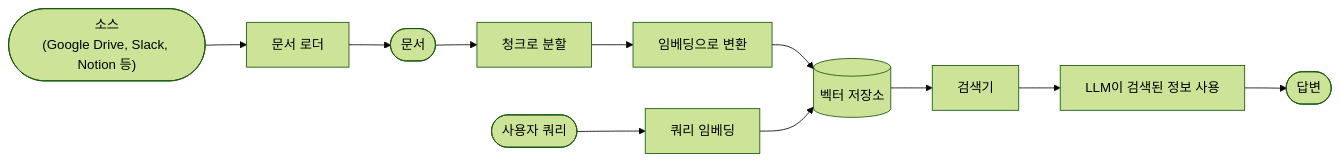
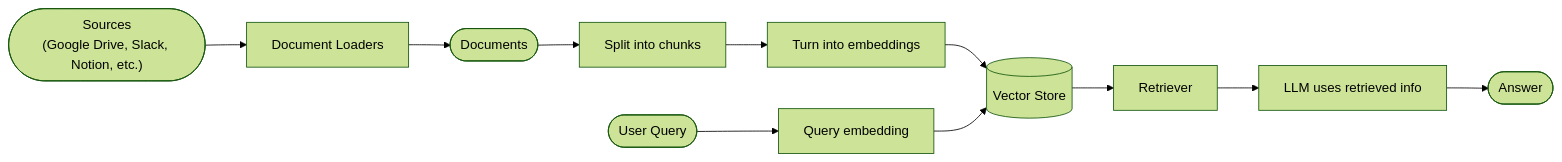
The first of 4 diagrams in src-ko/oss/langchain/retrieval.mdx (jeongsk/langchain-docs), drawn with Mermaid (forest theme) before and after one commit. The commit also changed other lines of this file and 835 other files, not shown here.

````diff
--- a/src-ko/oss/langchain/retrieval.mdx
+++ b/src-ko/oss/langchain/retrieval.mdx
@@ -48,13 +49,13 @@
 ```mermaid
 flowchart LR
-  S(["소스<br>(Google Drive, Slack, Notion 등)"]) --> L[문서 로더]
-  L --> A([문서])
-  A --> B[청크로 분할]
-  B --> C[임베딩으로 변환]
-  C --> D[(벡터 저장소)]
-  Q([사용자 쿼리]) --> E[쿼리 임베딩]
+  S(["Sources<br>(Google Drive, Slack, Notion, etc.)"]) --> L[Document Loaders]
+  L --> A([Documents])
+  A --> B[Split into chunks]
+  B --> C[Turn into embeddings]
+  C --> D[(Vector Store)]
+  Q([User Query]) --> E[Query embedding]
   E --> D
-  D --> F[검색기]
-  F --> G[LLM이 검색된 정보 사용]
-  G --> H([답변])
+  D --> F[Retriever]
+  F --> G[LLM uses retrieved info]
+  G --> H([Answer])
 ```
````
